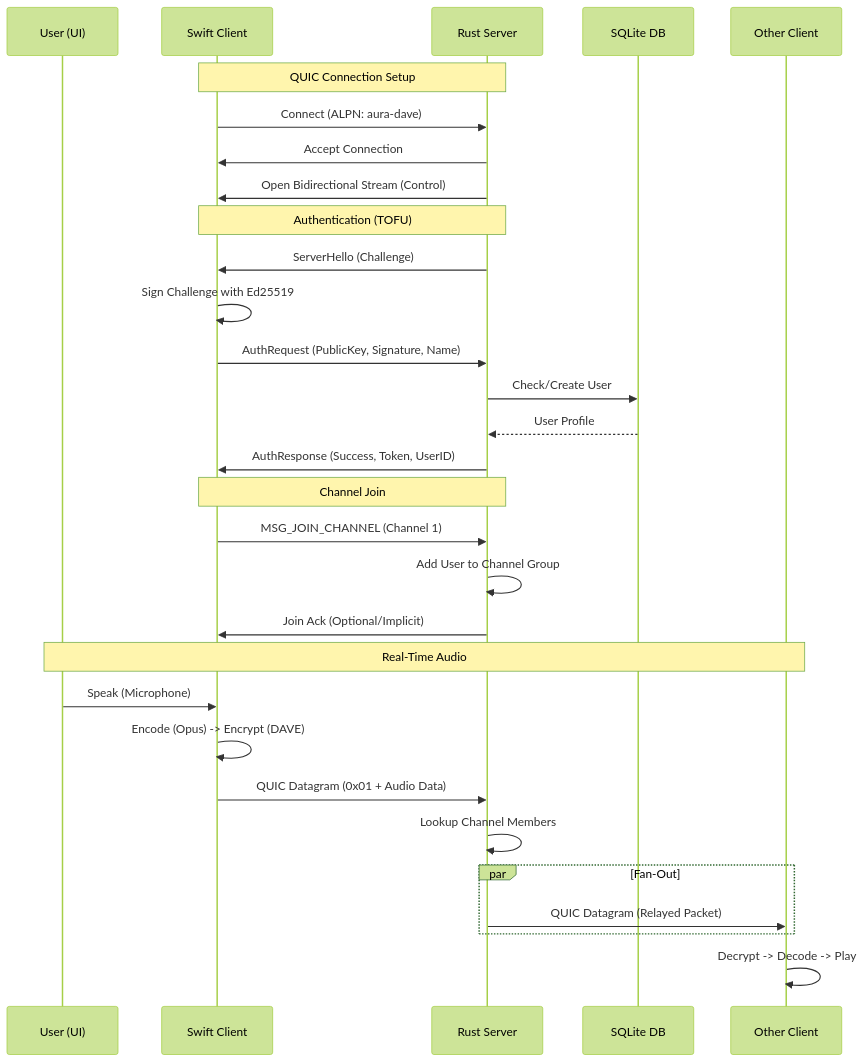
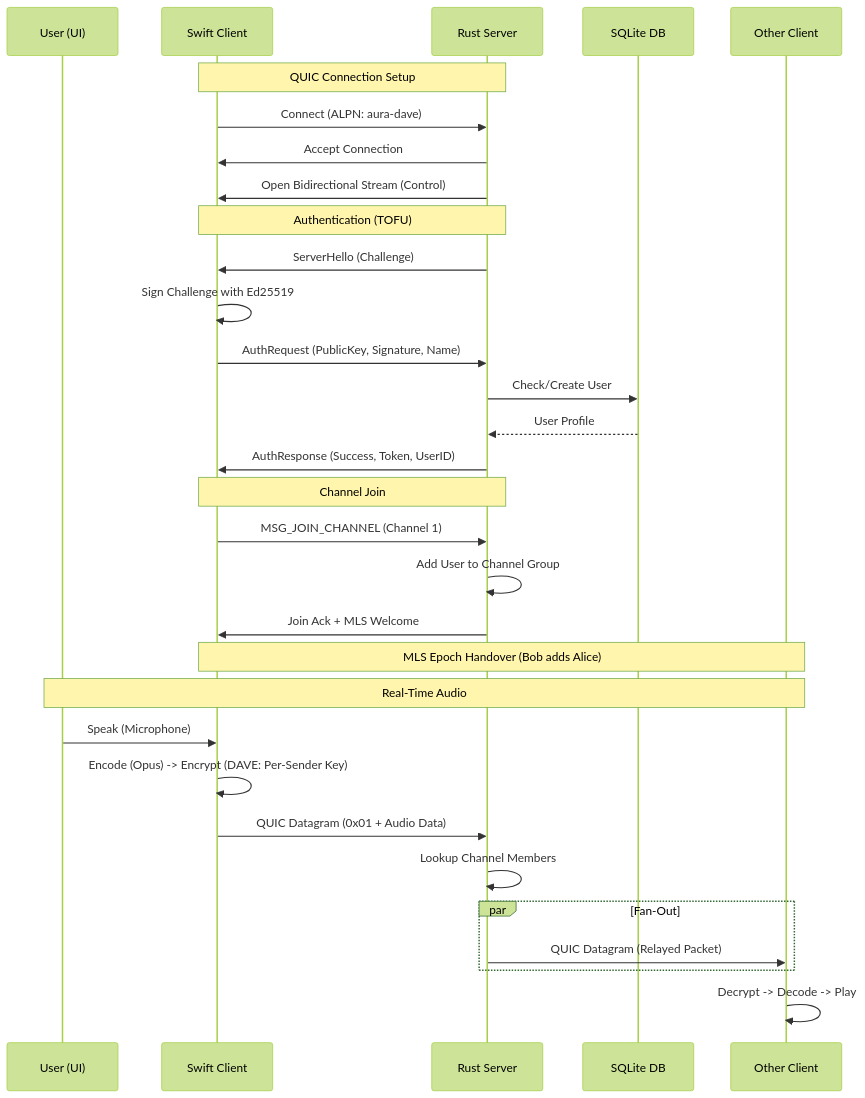
One commit to klobucar/aura changed the diagram in docs/diagrams/01_protocol_flow.md. Above: the diagram before and after it, drawn with Mermaid (forest theme). The commit also changed 9 other files, not shown here.

First line of the commit message:
feat(protocol): implement DAVE security hardening and MLS per-sender isolation

````diff
--- a/docs/diagrams/01_protocol_flow.md
+++ b/docs/diagrams/01_protocol_flow.md
@@ -5,36 +5,37 @@
 ```mermaid
 sequenceDiagram
     participant User as User (UI)
     participant Client as Swift Client
     participant Server as Rust Server
     participant DB as SQLite DB
     participant Other as Other Client
 
     Note over Client, Server: QUIC Connection Setup
     Client->>Server: Connect (ALPN: aura-dave)
     Server->>Client: Accept Connection
     Server->>Client: Open Bidirectional Stream (Control)
 
     Note over Client, Server: Authentication (TOFU)
     Server->>Client: ServerHello (Challenge)
     Client->>Client: Sign Challenge with Ed25519
     Client->>Server: AuthRequest (PublicKey, Signature, Name)
     Server->>DB: Check/Create User
     DB-->>Server: User Profile
     Server->>Client: AuthResponse (Success, Token, UserID)
 
     Note over Client, Server: Channel Join
     Client->>Server: MSG_JOIN_CHANNEL (Channel 1)
     Server->>Server: Add User to Channel Group
-    Server->>Client: Join Ack (Optional/Implicit)
+    Server->>Client: Join Ack + MLS Welcome
+    Note over Client, Other: MLS Epoch Handover (Bob adds Alice)
 
     Note over User, Other: Real-Time Audio
     User->>Client: Speak (Microphone)
-    Client->>Client: Encode (Opus) -> Encrypt (DAVE)
+    Client->>Client: Encode (Opus) -> Encrypt (DAVE: Per-Sender Key)
     Client->>Server: QUIC Datagram (0x01 + Audio Data)
     Server->>Server: Lookup Channel Members
     par Fan-Out
         Server->>Other: QUIC Datagram (Relayed Packet)
     end
     Other->>Other: Decrypt -> Decode -> Play
 ```
````
